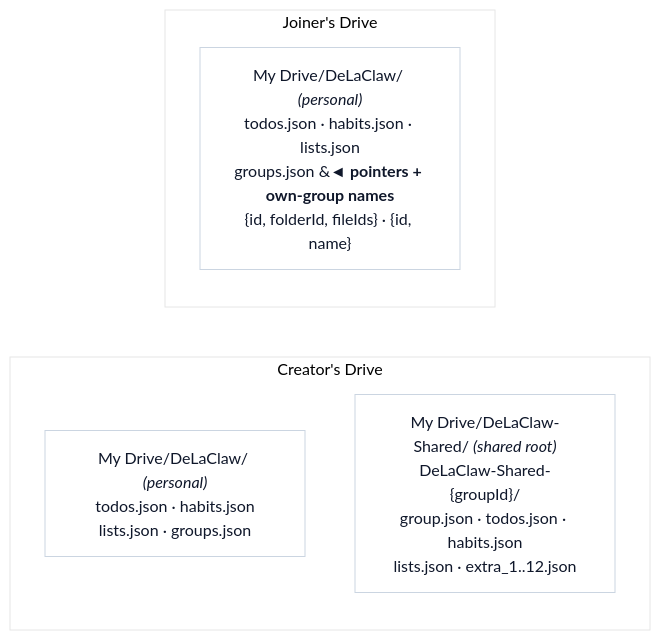
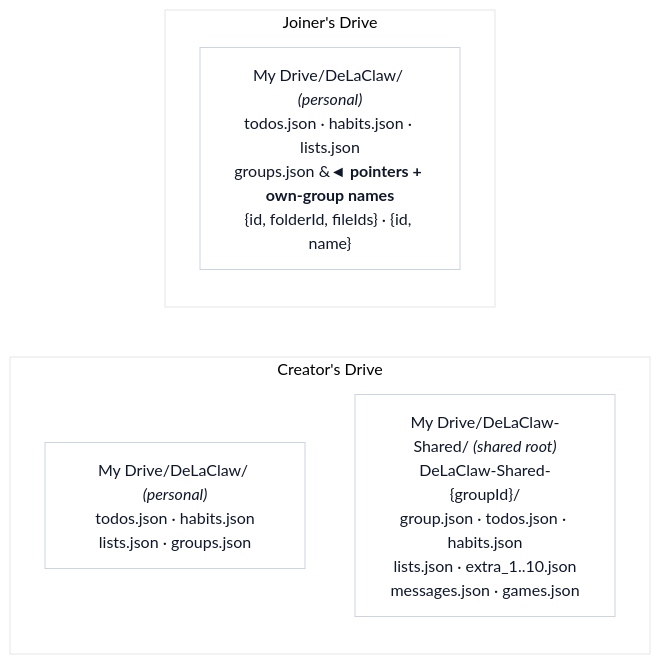
Before and after one commit to AntGro/DeLaClaw: the third of 14 diagrams in docs-site/sharing.md, drawn with Mermaid. The commit also changed other lines of this file and 8 other files, not shown here.

First line of the commit message:
feat(sharing): reserve messages.json and games.json in new groups

````diff
--- a/docs-site/sharing.md
+++ b/docs-site/sharing.md
@@ -68,13 +68,13 @@
 ```mermaid
 %%{init: {'theme': 'base', 'themeVariables': {'background': '#fbfaf8', 'primaryColor': '#ffffff', 'primaryBorderColor': '#cbd5e1', 'primaryTextColor': '#0f172a', 'lineColor': '#334155'}}}%%
 flowchart LR
     subgraph CD["Creator's Drive"]
         direction TB
         CDP["My Drive/DeLaClaw/ <i>(personal)</i><br/>todos.json · habits.json<br/>lists.json · groups.json"]
-        CDS["My Drive/DeLaClaw-Shared/ <i>(shared root)</i><br/>DeLaClaw-Shared-{groupId}/<br/>group.json · todos.json · habits.json<br/>lists.json · extra_1..12.json"]
+        CDS["My Drive/DeLaClaw-Shared/ <i>(shared root)</i><br/>DeLaClaw-Shared-{groupId}/<br/>group.json · todos.json · habits.json<br/>lists.json · extra_1..10.json<br/>messages.json · games.json"]
     end
     subgraph JD["Joiner's Drive"]
         direction TB
         JDP["My Drive/DeLaClaw/ <i>(personal)</i><br/>todos.json · habits.json · lists.json<br/>groups.json &#9668; <b>pointers + own-group names</b><br/>{id, folderId, fileIds} · {id, name}"]
     end
 ```
````
